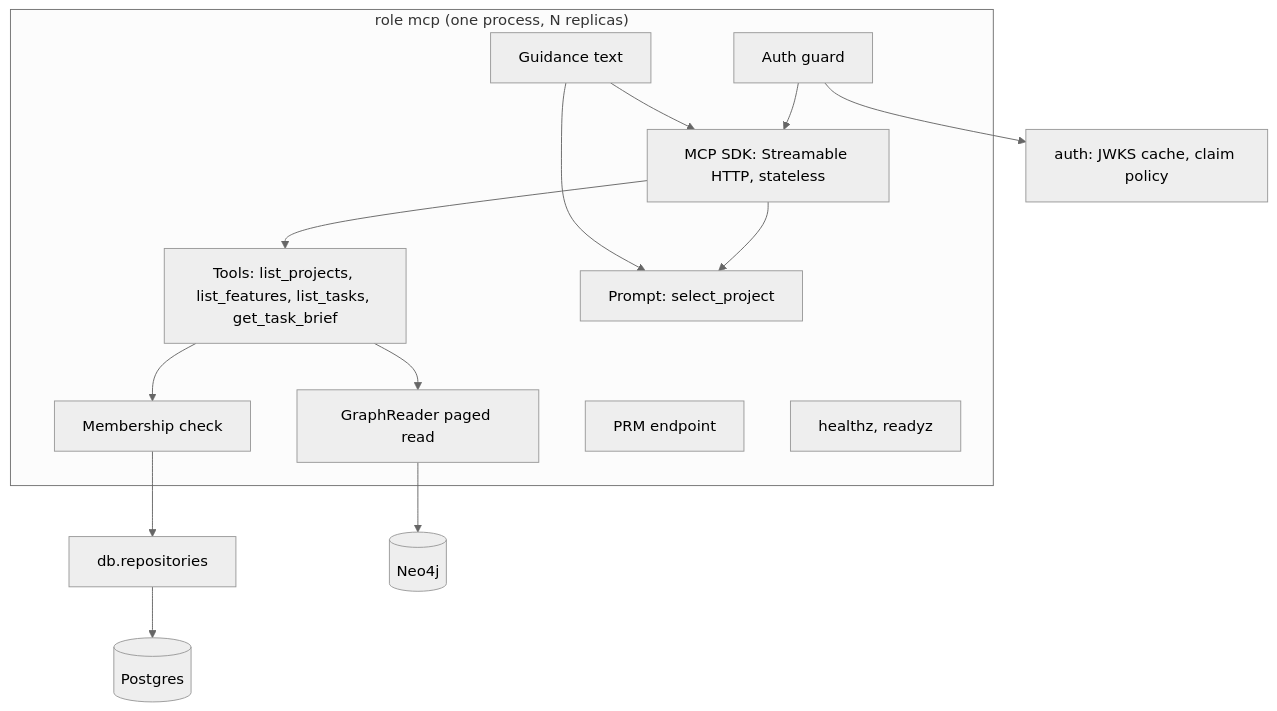
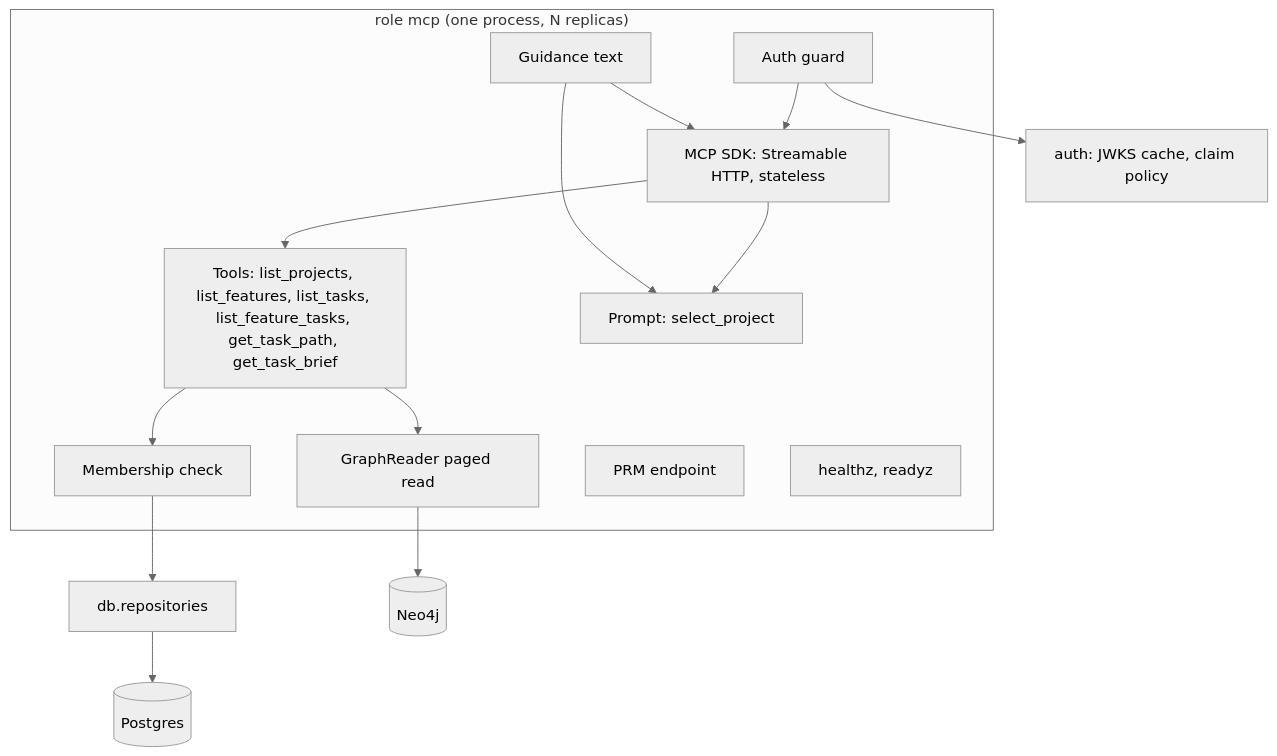
The diagram in docs/mcp-server/architecture.md (griddynamics/specflow), drawn with Mermaid (neutral theme) before and after one commit. The commit also changed other lines of this file and 14 other files, not shown here.

First line of the commit message:
feat(mcp): list a feature's tasks and the path to a task

````diff
--- a/docs/mcp-server/architecture.md
+++ b/docs/mcp-server/architecture.md
@@ -18,18 +18,18 @@
 ```mermaid
 flowchart TB
     subgraph role["role mcp (one process, N replicas)"]
         guard[Auth guard] --> sdk[MCP SDK: Streamable HTTP, stateless]
-        sdk --> tools[Tools: list_projects, list_features, list_tasks, get_task_brief]
+        sdk --> tools[Tools: list_projects, list_features, list_tasks, list_feature_tasks, get_task_path, get_task_brief]
         sdk --> prompts[Prompt: select_project]
         guidance[Guidance text] --> prompts
         guidance --> sdk
         tools --> access[Membership check]
         tools --> reader[GraphReader paged read]
         prm[PRM endpoint]
         health[healthz, readyz]
     end
     access --> repo[db.repositories]
     repo --> pg[(Postgres)]
     reader --> neo[(Neo4j)]
     guard --> jwks[auth: JWKS cache, claim policy]
 ```
````
